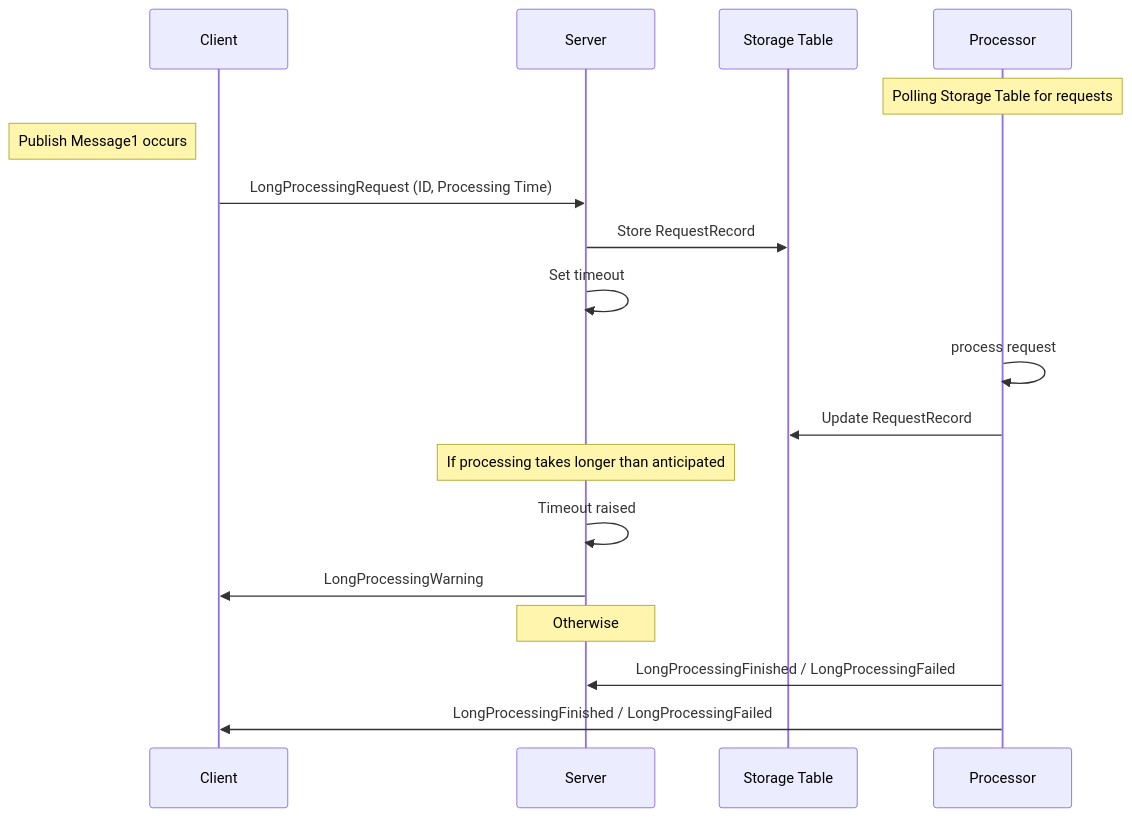
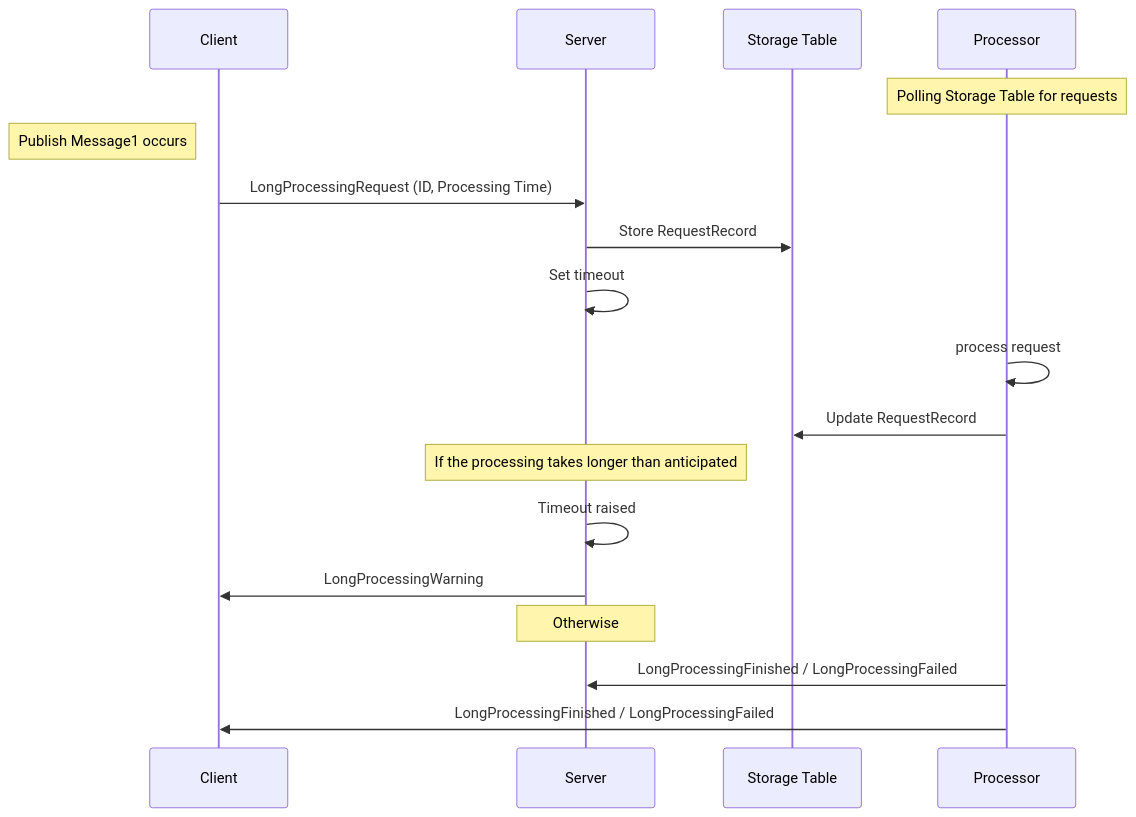
The diagram in samples/azure/azure-service-bus-long-running/sample.md (Particular/docs.particular.net), drawn with Mermaid before and after one commit. The commit also changed other lines of this file and 4 other files, not shown here.

````diff
--- a/samples/azure/azure-service-bus-long-running/sample.md
+++ b/samples/azure/azure-service-bus-long-running/sample.md
@@ -33,20 +33,20 @@
 ```mermaid
 sequenceDiagram
 Participant Client
 Participant Server
 Participant Storage Table
 Note over Processor: Polling Storage Table for requests
 Participant Processor
 Note left of Client: Publish Message1 occurs
 Client ->> Server: LongProcessingRequest (ID, Processing Time)
 Server ->> Storage Table: Store RequestRecord
 Server ->> Server: Set timeout
 Processor ->> Processor: process request
 Processor ->> Storage Table: Update RequestRecord
-Note over Server: If processing takes longer than anticipated
+Note over Server: If the processing takes longer than anticipated
 Server ->> Server: Timeout raised
 Server ->> Client: LongProcessingWarning
 Note over Server: Otherwise
 Processor ->> Server: LongProcessingFinished / LongProcessingFailed
 Processor ->> Client: LongProcessingFinished / LongProcessingFailed
 ```
````
